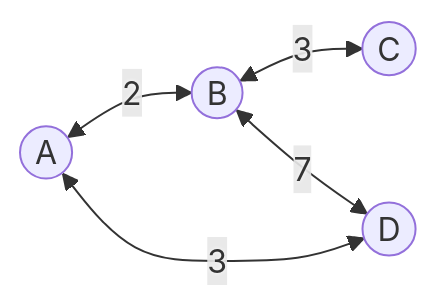
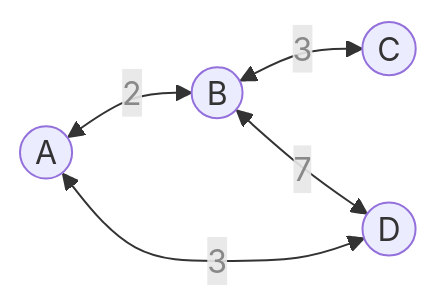
One commit to CHOYUNSIG/algorithm_with_boj changed the second of 2 diagrams in _posts/2024-01-07-floyd_warshall.md. Above: the diagram before and after it, drawn with Mermaid. The commit also changed other lines of this file and 3 other files, not shown here.

````diff
--- a/_posts/2024-01-07-floyd_warshall.md
+++ b/_posts/2024-01-07-floyd_warshall.md
@@ -43,12 +43,12 @@
-```mermaid!
-graph LR
-A <-- <p style="text-shadow: 0px 0px 2px #FFF">2</p> --> B
-B <-- <p style="text-shadow: 0px 0px 2px #FFF">3</p> --> C
-B <-- <p style="text-shadow: 0px 0px 2px #FFF">7</p> --> D
-A <-- <p style="text-shadow: 0px 0px 2px #FFF">3</p> --> D
+<pre class="mermaid">
+    graph LR
+    A <-- <p style="color: #888">2</p> --> B
+    B <-- <p style="color: #888">3</p> --> C
+    B <-- <p style="color: #888">7</p> --> D
+    A <-- <p style="color: #888">3</p> --> D
 
-A((A))
-B((B))
-C((C))
-D((D))
-```
+    A((A))
+    B((B))
+    C((C))
+    D((D))
+</pre>
````
